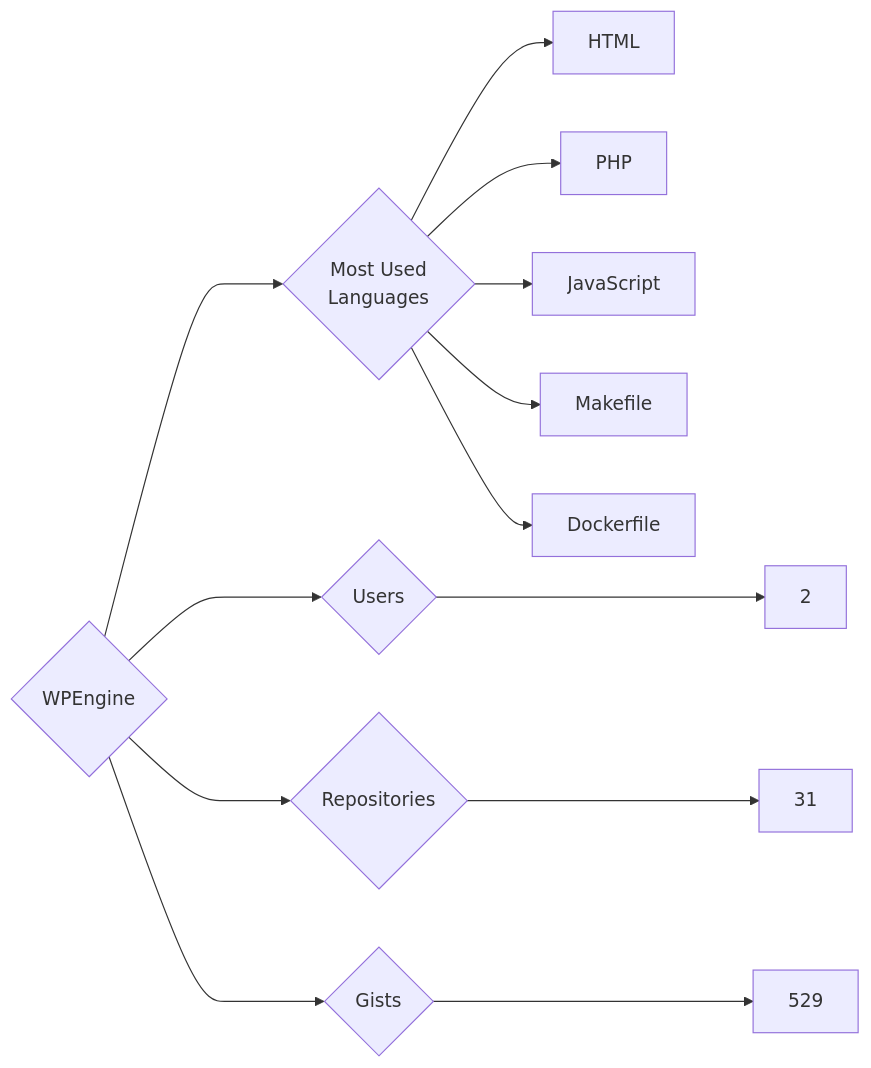
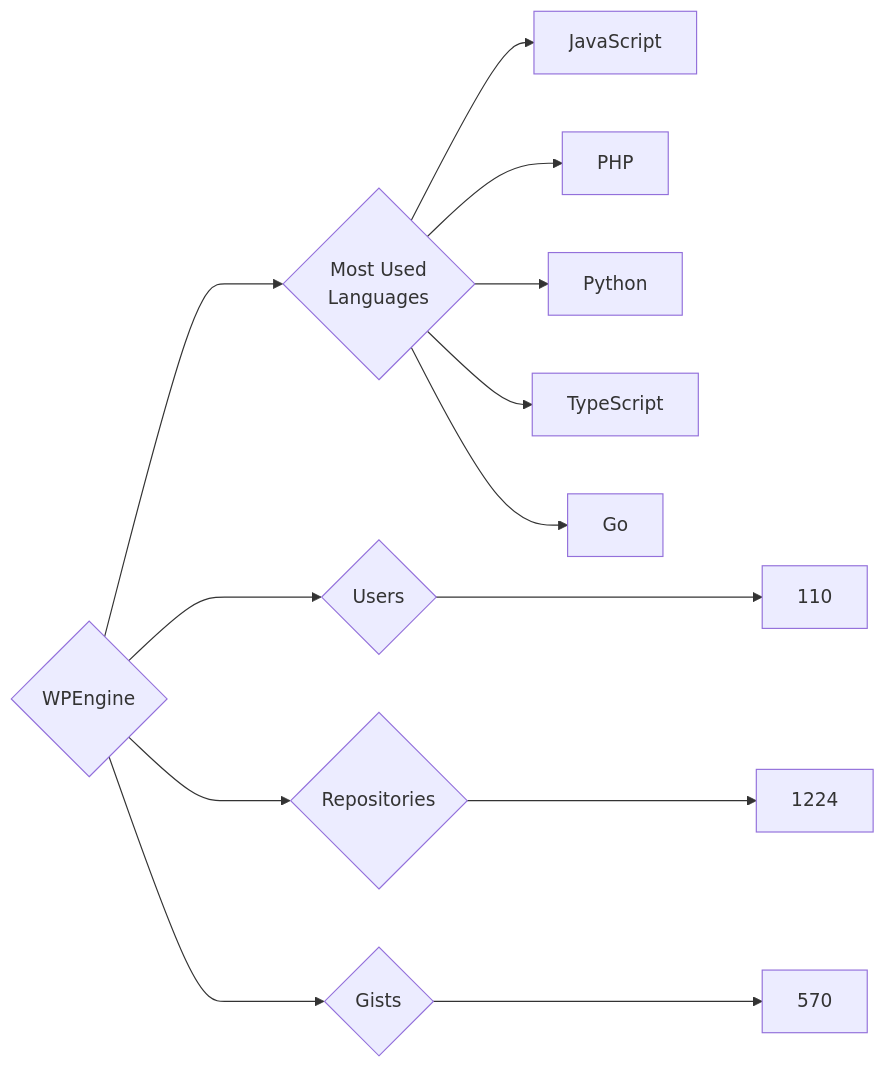
One commit to trickest/insiders changed the diagram in targets/WPEngine/README.md. Above: the diagram before and after it, drawn with Mermaid. The commit also changed 948 other files, not shown here.

````diff
--- a/targets/WPEngine/README.md
+++ b/targets/WPEngine/README.md
@@ -3,13 +3,13 @@
 ```mermaid
 graph LR
 COMPANY_NAME{WPEngine}
-COMPANY_NAME ---> U{Users} ---> UN[2]
-COMPANY_NAME ---> R{Repositories} ---> RN[31]
-COMPANY_NAME ---> G{Gists} ---> GN[529]
+COMPANY_NAME ---> U{Users} ---> UN[110]
+COMPANY_NAME ---> R{Repositories} ---> RN[1224]
+COMPANY_NAME ---> G{Gists} ---> GN[570]
 COMPANY_NAME ---> ML{Most Used<br>Languages}
-ML --> HTML[HTML]
+ML --> JavaScript[JavaScript]
 ML --> PHP[PHP]
-ML --> JavaScript[JavaScript]
-ML --> Makefile[Makefile]
-ML --> Dockerfile[Dockerfile]
+ML --> Python[Python]
+ML --> TypeScript[TypeScript]
+ML --> Go[Go]
 ```
````
